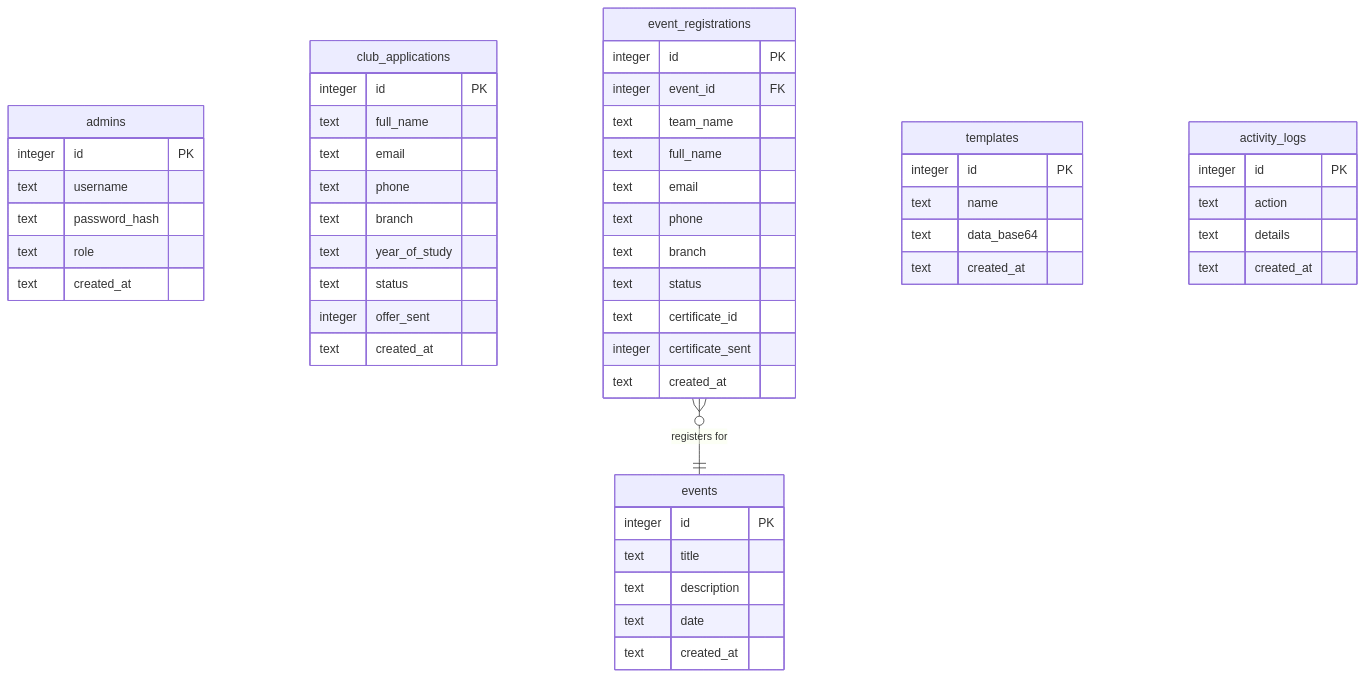
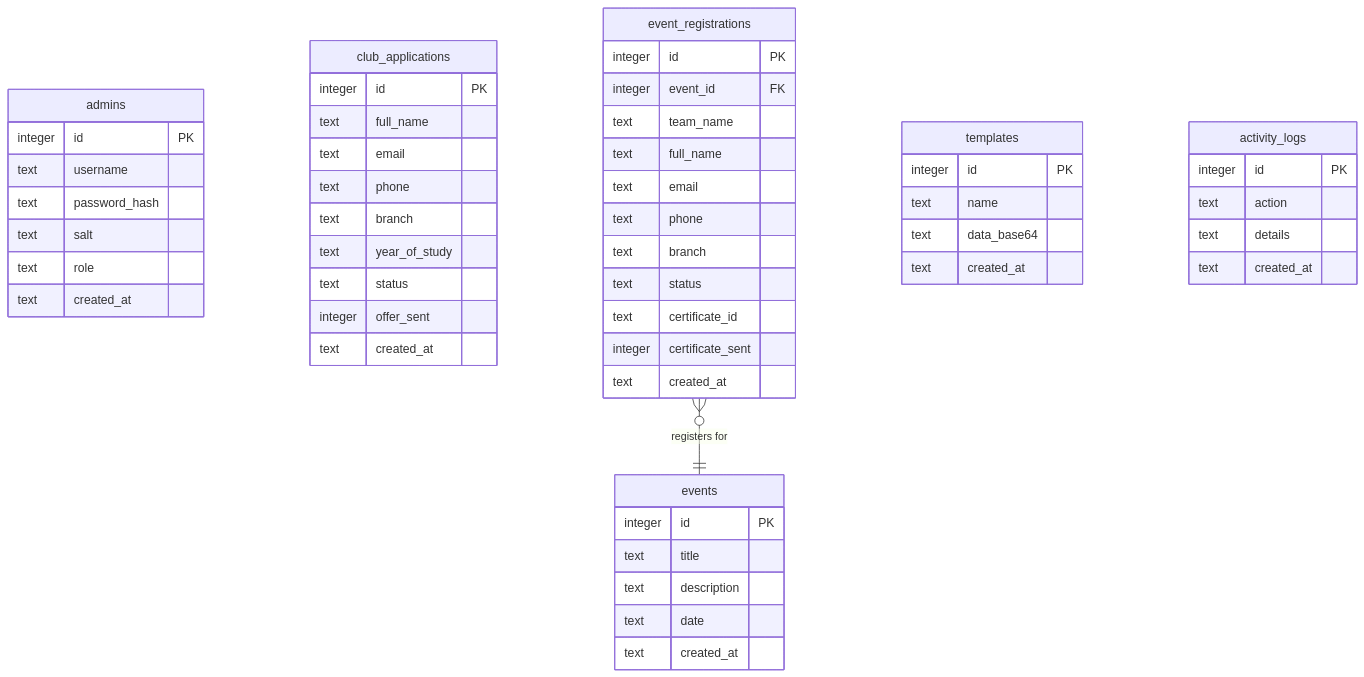
One commit to saicharan-bhuthkuri/rd changed diagram 12 of 25 in README.md. Above: the diagram before and after it, drawn with Mermaid. The commit also changed other lines of this file, not shown here.

Commit message:
docs: update README with unique salt hashing details and authentication sequence diagram

````diff
--- a/README.md
+++ b/README.md
@@ -1009,54 +1009,55 @@
 ```mermaid
 erDiagram
     admins {
         integer id PK
         text username
         text password_hash
+        text salt
         text role
         text created_at
     }
     events {
         integer id PK
         text title
         text description
         text date
         text created_at
     }
     club_applications {
         integer id PK
         text full_name
         text email
         text phone
         text branch
         text year_of_study
         text status
         integer offer_sent
         text created_at
     }
     event_registrations {
         integer id PK
         integer event_id FK
         text team_name
         text full_name
         text email
         text phone
         text branch
         text status
         text certificate_id
         integer certificate_sent
         text created_at
     }
     templates {
         integer id PK
         text name
         text data_base64
         text created_at
     }
     activity_logs {
         integer id PK
         text action
         text details
         text created_at
     }
     event_registrations }o--|| events : "registers for"
 ```
````
